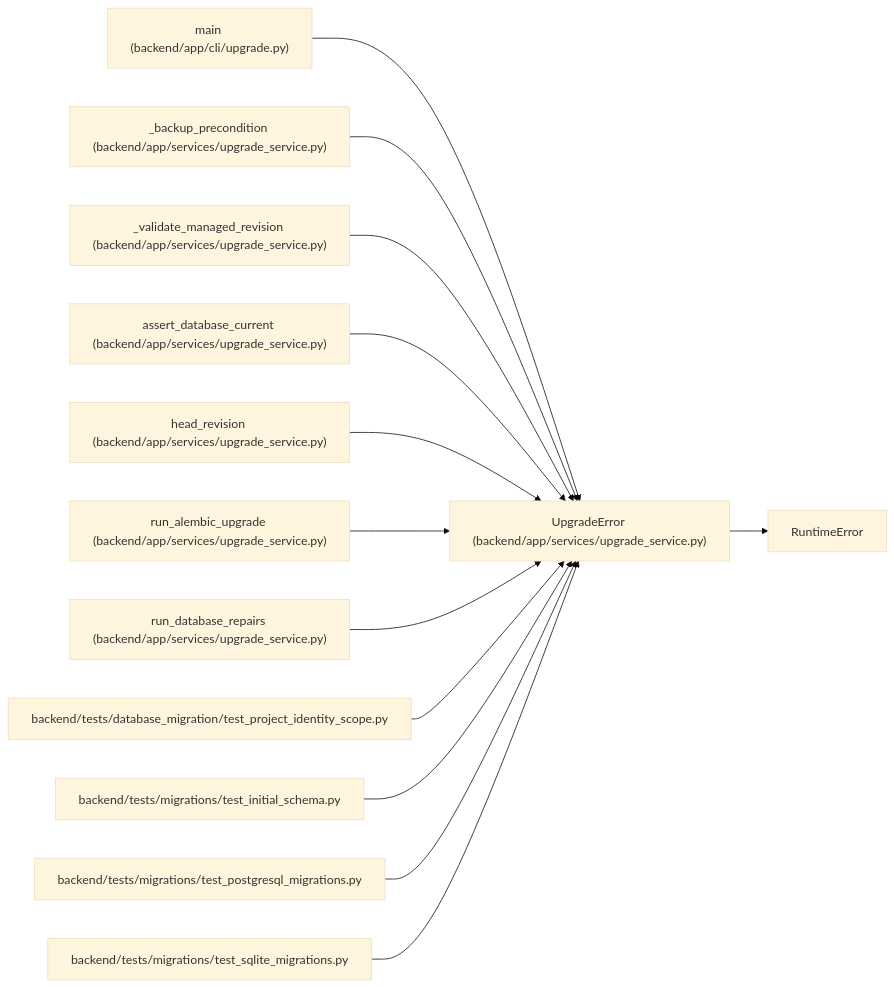
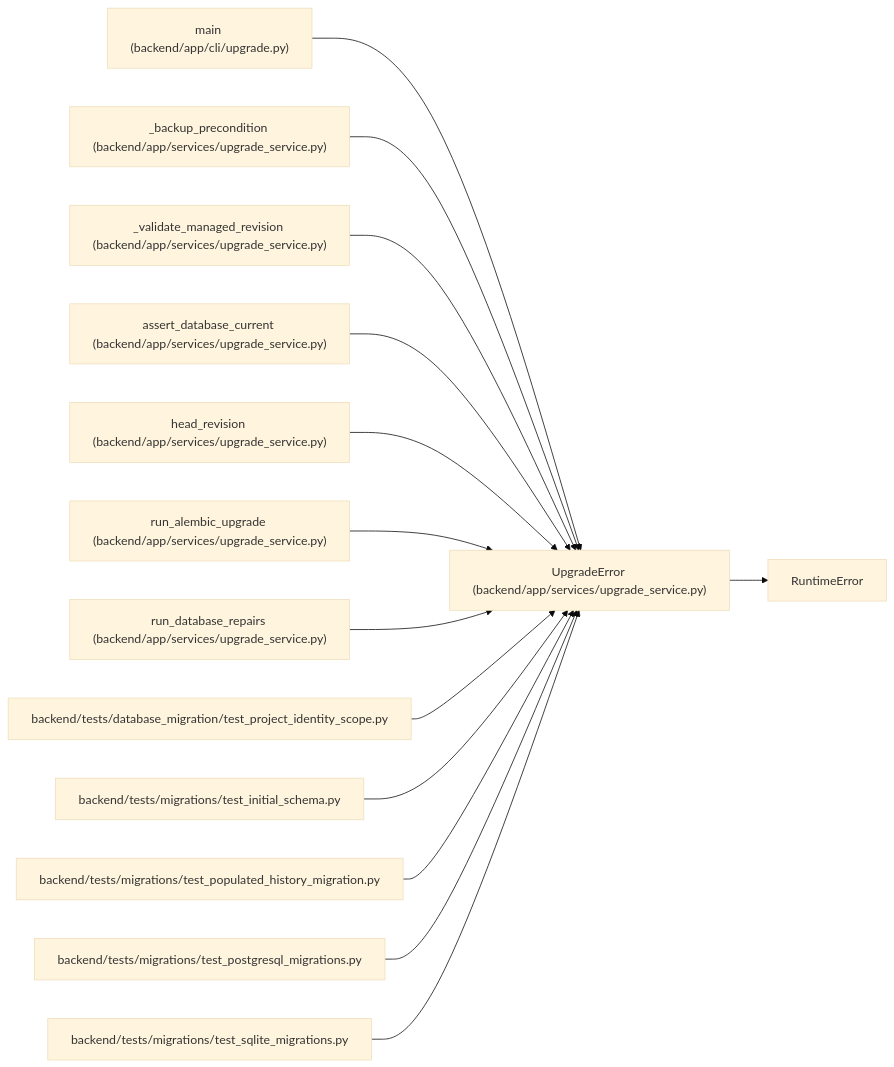
Before and after one commit to Denissvgn/WorkChord: the diagram in docs/llm_wiki/entities/UpgradeError.md, drawn with Mermaid (base theme). The commit also changed other lines of this file and 1817 other files, not shown here.

First line of the commit message:
Refresh the architectural wiki for the 1.9.0 changes

````diff
--- a/docs/llm_wiki/entities/UpgradeError.md
+++ b/docs/llm_wiki/entities/UpgradeError.md
@@ -23,40 +23,43 @@
 ```mermaid
 flowchart LR
     n0["UpgradeError (backend/app/services/upgrade_service.py)"]
     n1["RuntimeError"]
     n2["main (backend/app/cli/upgrade.py)"]
     n3["_backup_precondition (backend/app/services/upgrade_service.py)"]
     n4["_validate_managed_revision (backend/app/services/upgrade_service.py)"]
     n5["assert_database_current (backend/app/services/upgrade_service.py)"]
     n6["head_revision (backend/app/services/upgrade_service.py)"]
     n7["run_alembic_upgrade (backend/app/services/upgrade_service.py)"]
     n8["run_database_repairs (backend/app/services/upgrade_service.py)"]
     n9["backend/tests/database_migration/test_project_identity_scope.py"]
     n10["backend/tests/migrations/test_initial_schema.py"]
-    n11["backend/tests/migrations/test_postgresql_migrations.py"]
-    n12["backend/tests/migrations/test_sqlite_migrations.py"]
+    n11["backend/tests/migrations/test_populated_history_migration.py"]
+    n12["backend/tests/migrations/test_postgresql_migrations.py"]
+    n13["backend/tests/migrations/test_sqlite_migrations.py"]
     n0 --> n1
     n2 --> n0
     n3 --> n0
     n4 --> n0
     n5 --> n0
     n6 --> n0
     n7 --> n0
     n8 --> n0
     n9 --> n0
     n10 --> n0
     n11 --> n0
     n12 --> n0
+    n13 --> n0
     click n0 "../modules/upgrade_service.md"
     click n2 "../modules/upgrade.md"
     click n3 "../modules/upgrade_service.md"
     click n4 "../modules/upgrade_service.md"
     click n5 "../modules/upgrade_service.md"
     click n6 "../modules/upgrade_service.md"
     click n7 "../modules/upgrade_service.md"
     click n8 "../modules/upgrade_service.md"
     click n9 "../modules/test_project_identity_scope.md"
     click n10 "../modules/test_initial_schema.md"
-    click n11 "../modules/test_postgresql_migrations.md"
-    click n12 "../modules/test_sqlite_migrations.md"
+    click n11 "../modules/test_populated_history_migration.md"
+    click n12 "../modules/test_postgresql_migrations.md"
+    click n13 "../modules/test_sqlite_migrations.md"
 ```
````
